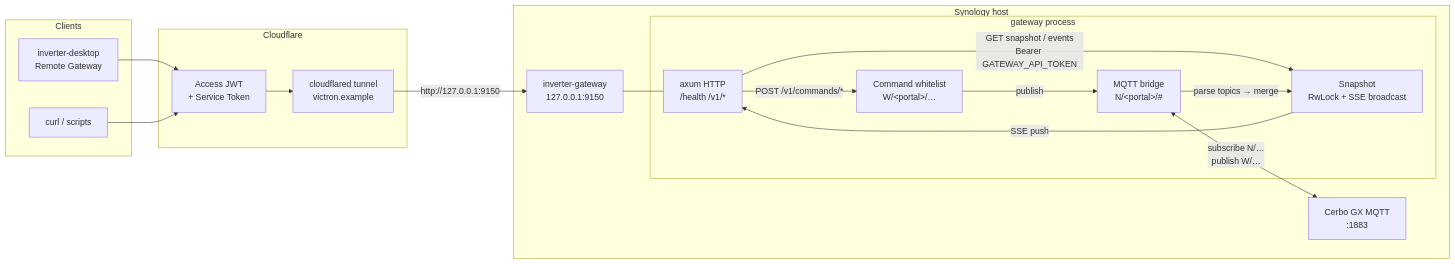
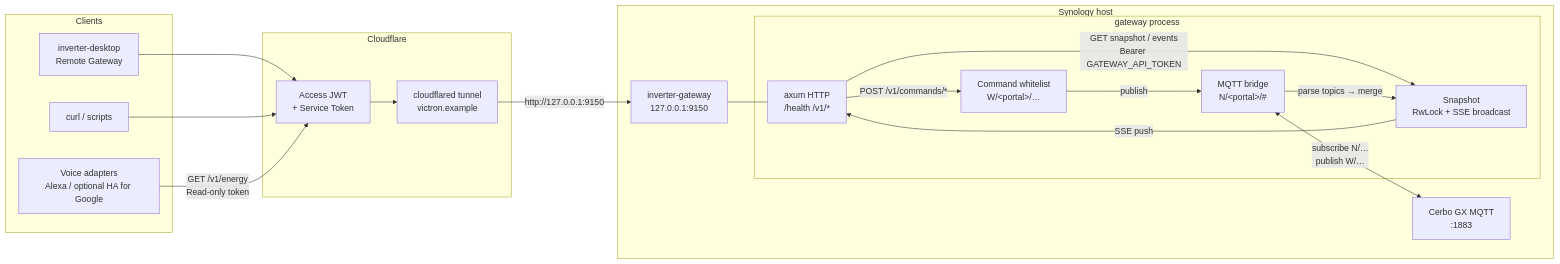
One commit to victron-venus/inverter-gateway changed the diagram in README.md. Above: the diagram before and after it, drawn with Mermaid. The commit also changed other lines of this file and 16 other files, not shown here.

First line of the commit message:
Add shared energy reports for Alexa and Google Nest (#20)

````diff
--- a/README.md
+++ b/README.md
@@ -14,35 +28,37 @@
 ```mermaid
 flowchart LR
   subgraph Clients
     Desk["inverter-desktop<br/>Remote Gateway"]
     Curl["curl / scripts"]
+    Voice["Voice adapters<br/>Alexa / optional HA for Google"]
   end
 
   subgraph Cloudflare
     Access["Access JWT<br/>+ Service Token"]
     Tunnel["cloudflared tunnel<br/>victron.example"]
   end
 
   subgraph Synology["Synology host"]
     GW["inverter-gateway<br/>127.0.0.1:9150"]
     subgraph Process["gateway process"]
       HTTP["axum HTTP<br/>/health /v1/*"]
       Snap["Snapshot<br/>RwLock + SSE broadcast"]
       Bridge["MQTT bridge<br/>N/&lt;portal&gt;/#"]
       WL["Command whitelist<br/>W/&lt;portal&gt;/…"]
     end
     MQTT["Cerbo GX MQTT<br/>:1883"]
   end
 
   Desk --> Access
   Curl --> Access
+  Voice -->|"GET /v1/energy<br/>Read-only token"| Access
   Access --> Tunnel
   Tunnel -->|"http://127.0.0.1:9150"| GW
   GW --- HTTP
   HTTP -->|"GET snapshot / events<br/>Bearer GATEWAY_API_TOKEN"| Snap
   HTTP -->|"POST /v1/commands/*"| WL
   Bridge -->|"parse topics → merge"| Snap
   Snap -->|"SSE push"| HTTP
   Bridge <-->|"subscribe N/…<br/>publish W/…"| MQTT
   WL -->|"publish"| Bridge
 ```
````
